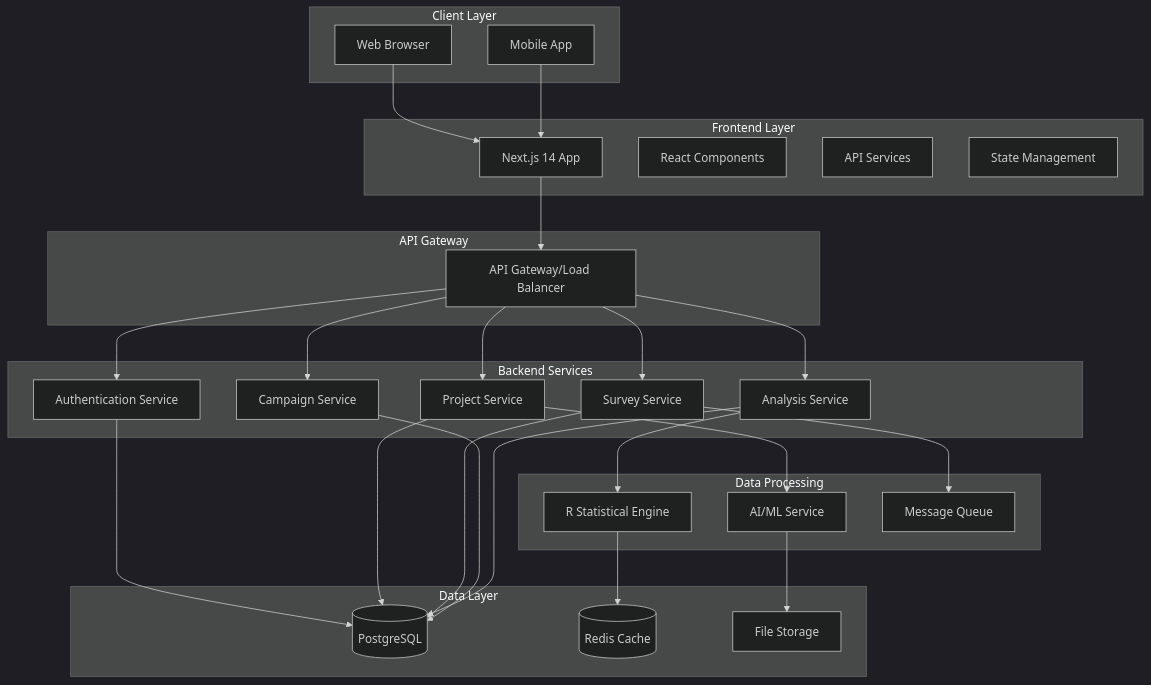
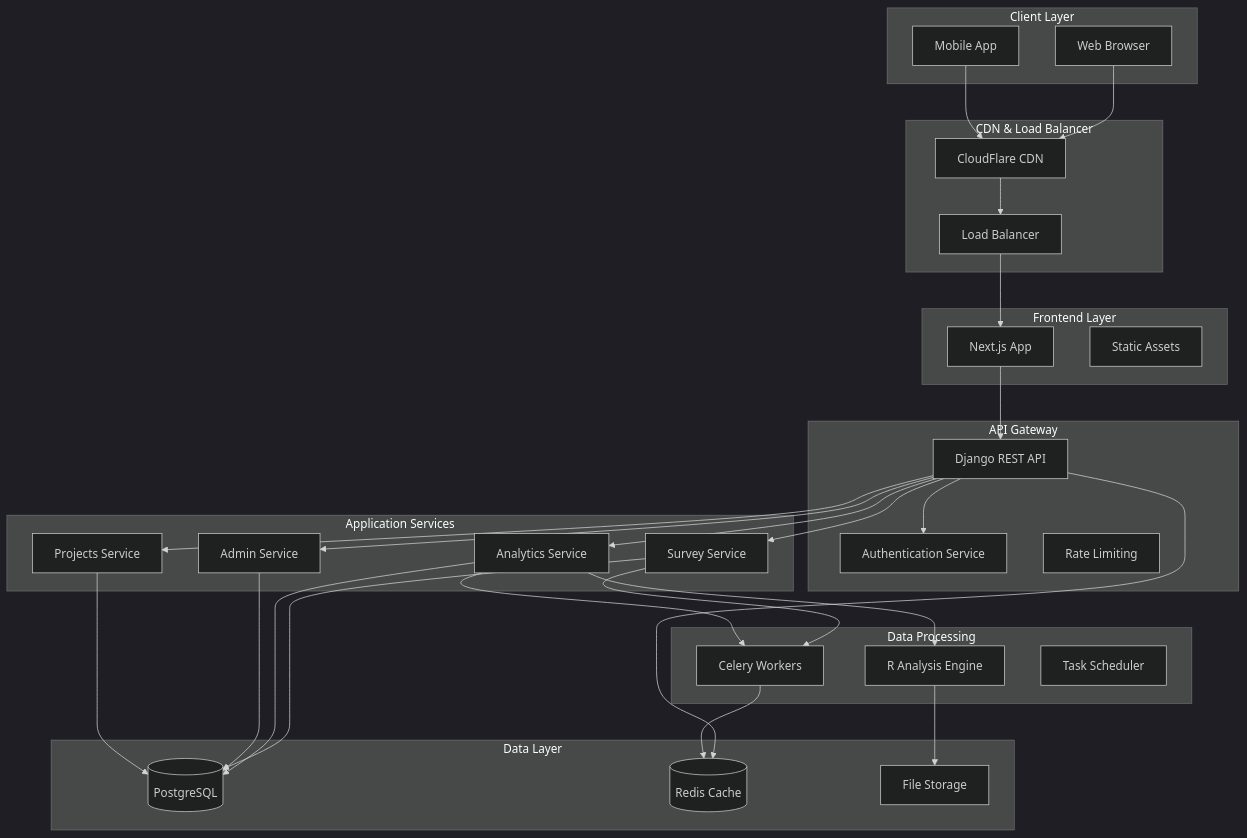
The first of 8 diagrams in docs/SYSTEM_ARCHITECTURE.md (hailp1/newncskit), drawn with Mermaid (dark theme) before and after one commit. The commit also changed other lines of this file and 369 other files, not shown here.

````diff
--- a/docs/SYSTEM_ARCHITECTURE.md
+++ b/docs/SYSTEM_ARCHITECTURE.md
@@ -7,60 +9,66 @@
 ```mermaid
 graph TB
     subgraph "Client Layer"
         WEB[Web Browser]
         MOBILE[Mobile App]
     end
     
+    subgraph "CDN & Load Balancer"
+        CDN[CloudFlare CDN]
+        LB[Load Balancer]
+    end
+    
     subgraph "Frontend Layer"
-        NEXTJS[Next.js 14 App]
-        COMPONENTS[React Components]
-        SERVICES[API Services]
-        STORE[State Management]
+        NEXT[Next.js App]
+        STATIC[Static Assets]
     end
     
     subgraph "API Gateway"
-        GATEWAY[API Gateway/Load Balancer]
+        GATEWAY[Django REST API]
+        AUTH[Authentication Service]
+        RATE[Rate Limiting]
     end
     
-    subgraph "Backend Services"
-        AUTH[Authentication Service]
-        PROJECT[Project Service]
+    subgraph "Application Services"
         SURVEY[Survey Service]
-        CAMPAIGN[Campaign Service]
-        ANALYSIS[Analysis Service]
+        ANALYTICS[Analytics Service]
+        ADMIN[Admin Service]
+        PROJECTS[Projects Service]
     end
     
     subgraph "Data Processing"
-        R_ENGINE[R Statistical Engine]
-        AI_SERVICE[AI/ML Service]
-        QUEUE[Message Queue]
+        R_ENGINE[R Analysis Engine]
+        CELERY[Celery Workers]
+        SCHEDULER[Task Scheduler]
     end
     
     subgraph "Data Layer"
         POSTGRES[(PostgreSQL)]
         REDIS[(Redis Cache)]
         FILES[File Storage]
     end
     
-    WEB --> NEXTJS
-    MOBILE --> NEXTJS
-    NEXTJS --> GATEWAY
+    WEB --> CDN
+    MOBILE --> CDN
+    CDN --> LB
+    LB --> NEXT
+    NEXT --> GATEWAY
     GATEWAY --> AUTH
-    GATEWAY --> PROJECT
     GATEWAY --> SURVEY
-    GATEWAY --> CAMPAIGN
-    GATEWAY --> ANALYSIS
+    GATEWAY --> ANALYTICS
+    GATEWAY --> ADMIN
+    GATEWAY --> PROJECTS
     
-    ANALYSIS --> R_ENGINE
-    PROJECT --> AI_SERVICE
-    SURVEY --> QUEUE
+    ANALYTICS --> R_ENGINE
+    SURVEY --> CELERY
+    ANALYTICS --> CELERY
     
-    AUTH --> POSTGRES
-    PROJECT --> POSTGRES
     SURVEY --> POSTGRES
-    CAMPAIGN --> POSTGRES
-    ANALYSIS --> POSTGRES
+    ANALYTICS --> POSTGRES
+    ADMIN --> POSTGRES
+    PROJECTS --> POSTGRES
     
-    R_ENGINE --> REDIS
-    AI_SERVICE --> FILES
+    GATEWAY --> REDIS
+    CELERY --> REDIS
+    R_ENGINE --> FILES
 ```
````
